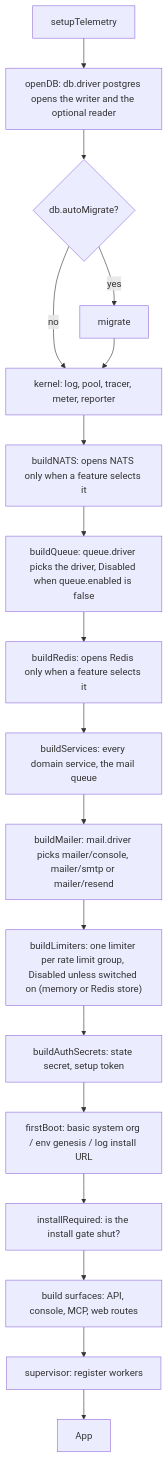
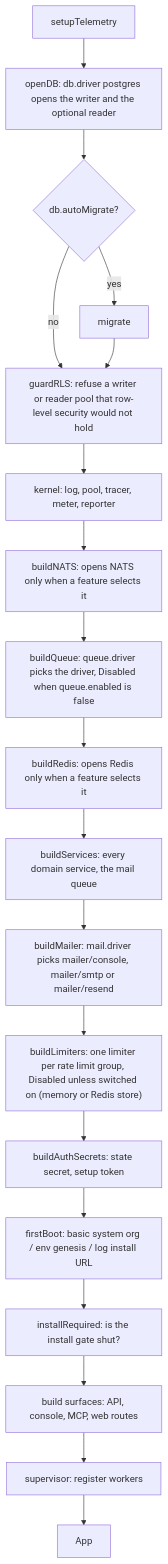
The first of 3 diagrams in internal/boot/README.md (altalune-id/oagent), drawn with Mermaid before and after one commit. The commit also changed other lines of this file and 173 other files, not shown here.

First line of the commit message:
feat: Postgres row-level security isolates every org (#16)

````diff
--- a/internal/boot/README.md
+++ b/internal/boot/README.md
@@ -14,20 +14,21 @@
 ```mermaid
 flowchart TD
     A[setupTelemetry] --> B["openDB: db.driver postgres opens the writer and the optional reader"]
     B --> C{db.autoMigrate?}
     C -- yes --> D[migrate]
-    C -- no --> E
-    D --> E[kernel: log, pool, tracer, meter, reporter]
+    C -- no --> GR
+    D --> GR["guardRLS: refuse a writer or reader pool that row-level security would not hold"]
+    GR --> E[kernel: log, pool, tracer, meter, reporter]
     E --> NA["buildNATS: opens NATS only when a feature selects it"]
     NA --> Q["buildQueue: queue.driver picks the driver, Disabled when queue.enabled is false"]
     Q --> RD["buildRedis: opens Redis only when a feature selects it"]
     RD --> F[buildServices: every domain service, the mail queue]
     F --> M[buildMailer: mail.driver picks mailer/console, mailer/smtp or mailer/resend]
     M --> R["buildLimiters: one limiter per rate limit group, Disabled unless switched on (memory or Redis store)"]
     R --> G[buildAuthSecrets: state secret, setup token]
     G --> H[firstBoot: basic system org / env genesis / log install URL]
     H --> I[installRequired: is the install gate shut?]
     I --> J[build surfaces: API, console, MCP, web routes]
     J --> K[supervisor: register workers]
     K --> L[App]
 ```
````
